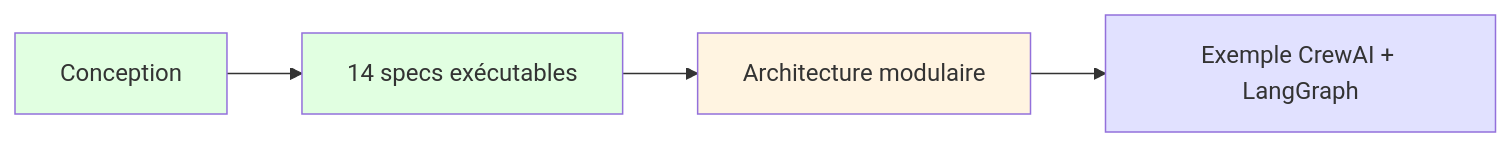
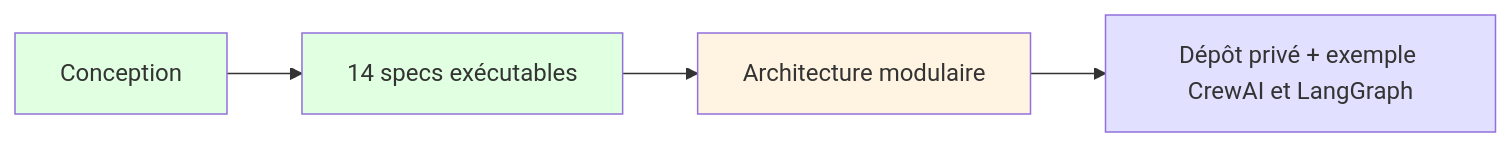
One commit to VincentG32/solo-builder-ai changed the fifth of 5 diagrams in README.md. Above: the diagram before and after it, drawn with Mermaid. The commit also changed other lines of this file and 8 other files, not shown here.

Commit message:
Policies alignées (code client via Anthropic sauf restriction, SENTINEL opt-in, Livrable off en perso, jamais de mise en prod automatique), règle des branches, Audit Tech couche 2 (Fable 5.2), docs/ARCHITECTURE.md, tirets cadratins retirés

````diff
--- a/README.md
+++ b/README.md
@@ -385,11 +386,11 @@
 ```mermaid
 flowchart LR
     A[Conception] --> B[14 specs exécutables]
     B --> C[Architecture modulaire]
-    C --> D[Exemple CrewAI + LangGraph]
+    C --> D[Dépôt privé + exemple CrewAI et LangGraph]
 
     style A fill:#e1ffe1
     style B fill:#e1ffe1
     style C fill:#fff4e1
     style D fill:#e1e1ff
 ```
````
